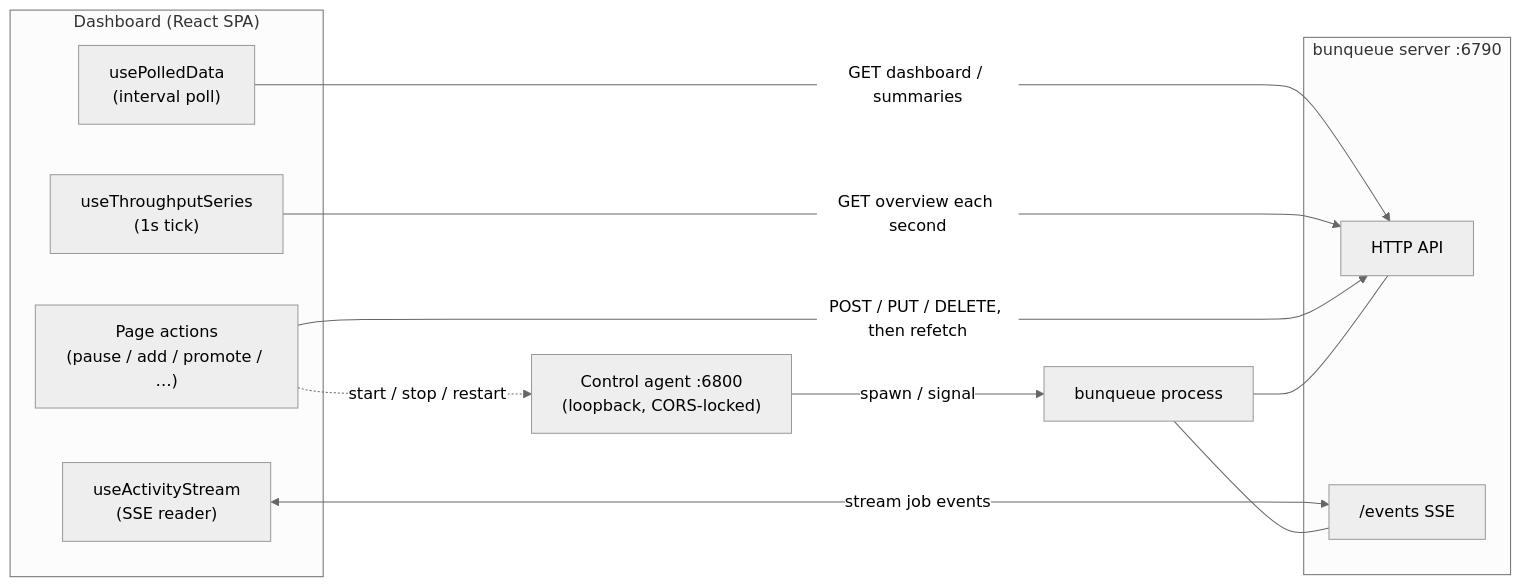
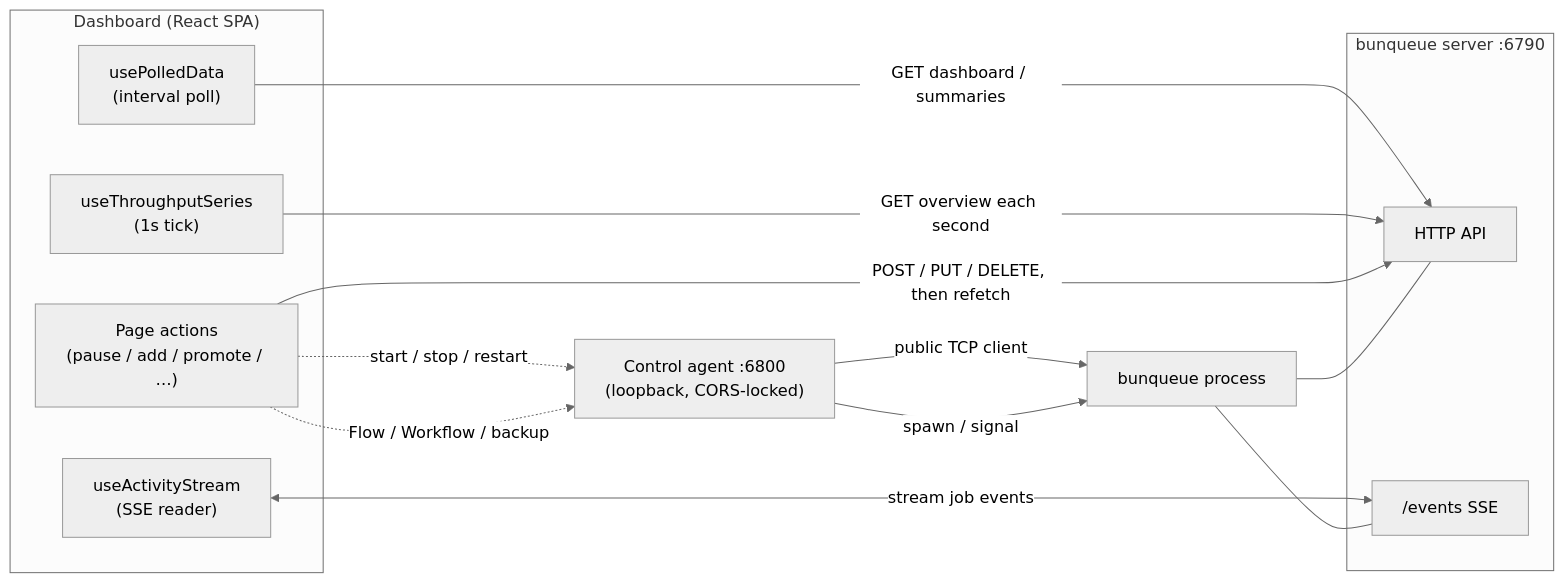
One commit to egeominotti/bunqueue-dashboard changed the diagram in docs/architecture.md. Above: the diagram before and after it, drawn with Mermaid (neutral theme). The commit also changed other lines of this file and 487 other files, not shown here.

Commit message:
feat: complete Bunqueue workflow and flow operations

````diff
--- a/docs/architecture.md
+++ b/docs/architecture.md
@@ -60,26 +86,28 @@
 ```mermaid
 flowchart LR
   subgraph Dashboard["Dashboard (React SPA)"]
     P["usePolledData<br/>(interval poll)"]
     S["useActivityStream<br/>(SSE reader)"]
     T["useThroughputSeries<br/>(1s tick)"]
     W["Page actions<br/>(pause / add / promote / …)"]
   end
 
   subgraph Server["bunqueue server :6790"]
     H["HTTP API"]
     E["/events SSE"]
   end
 
   A["Control agent :6800<br/>(loopback, CORS-locked)"]
   Proc["bunqueue process"]
 
   P -->|"GET dashboard / summaries"| H
   T -->|"GET overview each second"| H
   S <-->|"stream job events"| E
   W -->|"POST / PUT / DELETE, then refetch"| H
   W -.->|"start / stop / restart"| A
+  W -.->|"Flow / Workflow / backup"| A
+  A -->|"public TCP client"| Proc
   A -->|"spawn / signal"| Proc
   Proc --- H
   Proc --- E
 ```
````
